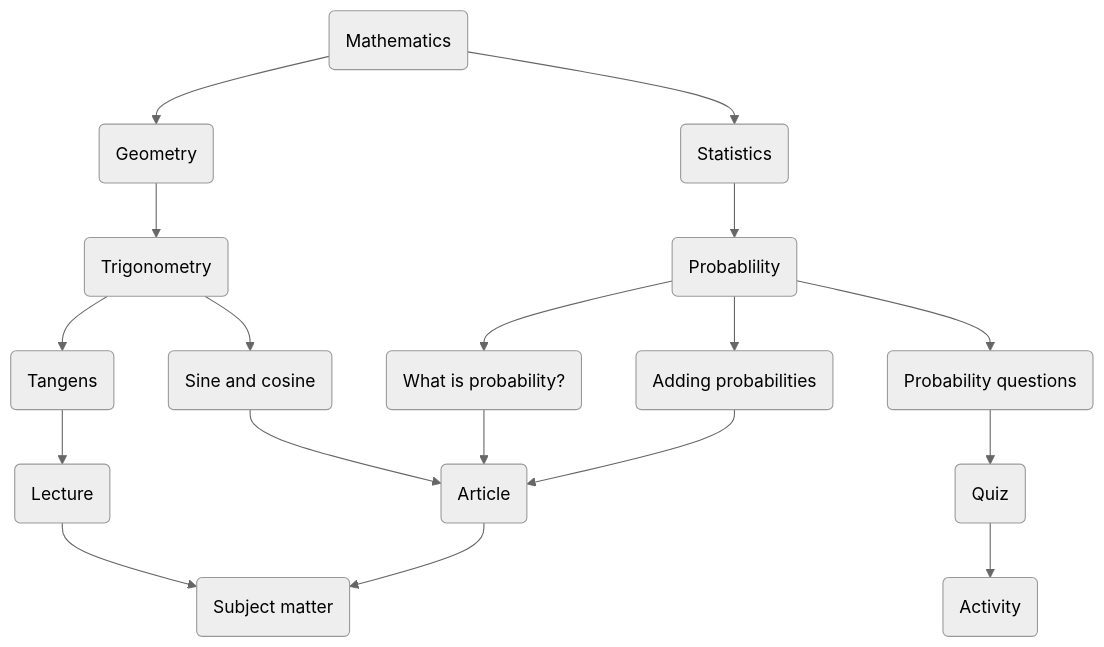
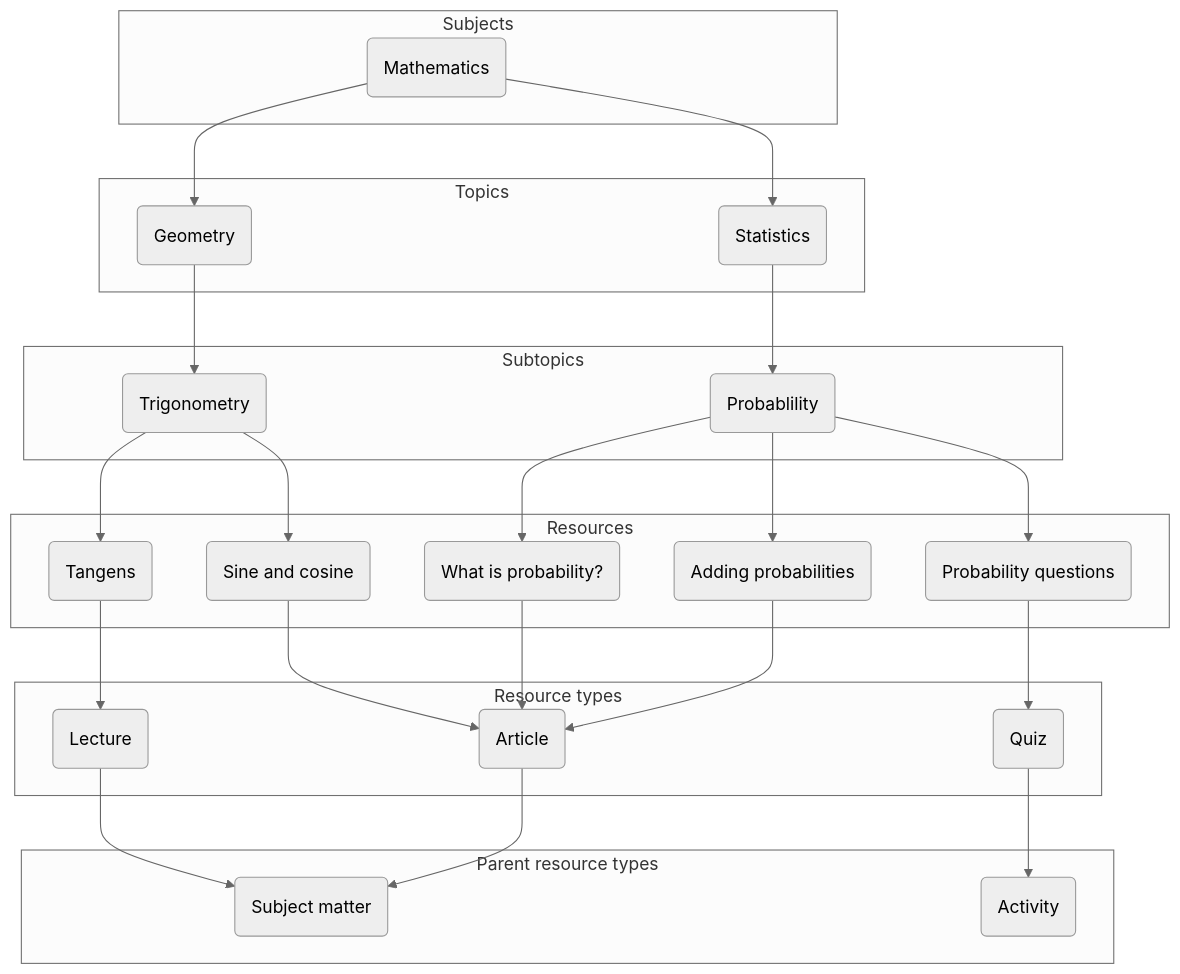
One commit to NDLANO/taxonomy-api changed the first of 3 diagrams in README.md. Above: the diagram before and after it, drawn with Mermaid (neutral theme). The commit also changed other lines of this file, not shown here.

Commit message:
Nice and shiny

````diff
--- a/README.md
+++ b/README.md
@@ -45,17 +45,43 @@
 ```mermaid
 flowchart TB
-    sub1(Mathematics)  --> top1(Geometry) & top2(Statistics)
-    top1 --> top1.1(Trigonometry)
-    top1.1 --> res1.1.1(Tangens) & res1.1.2(Sine and cosine)
-    top2 --> top2.1(Probablility)
-    top2.1 --> res2.1.1(What is probability?) & res2.1.2(Adding probabilities) & res2.1.3(Probability questions)
-    res1.1.1 --> resT1(Lecture)
-    res1.1.2 --> resT2(Article)
+    subgraph Subjects
+        sub1(Mathematics)
+    end
+    subgraph Topics
+        top1(Geometry)
+        top2(Statistics)
+    end
+    subgraph Subtopics
+        top1.1(Trigonometry)
+        top2.1(Probablility)
+    end
+    subgraph Resources
+        res1.1.1(Tangens) 
+        res1.1.2(Sine and cosine)
+        res2.1.1(What is probability?) 
+        res2.1.2(Adding probabilities) 
+        res2.1.3(Probability questions)
+    end
+    subgraph Resource types
+        resT1(Lecture)
+        resT2(Article)
+        resT3(Quiz)
+    end
+    subgraph Parent resource types
+        pRes1(Subject matter)
+        pRes2(Activity)
+    end
+    sub1 --> top1 & top2
+    top1 --> top1.1
+    top1.1 --> res1.1.1 & res1.1.2
+    top2 --> top2.1
+    top2.1 --> res2.1.1 & res2.1.2 & res2.1.3
+    res1.1.1 --> resT1
+    res1.1.2 --> resT2
     res2.1.1 --> resT2
     res2.1.2 --> resT2
-    res2.1.3 --> resT3(Quiz)
-    resT1 --> pRes1(Subject matter)
+    res2.1.3 --> resT3
+    resT1 --> pRes1
     resT2 --> pRes1
-    resT3 --> pRes2(Activity)
-    
+    resT3 --> pRes2
 ```
````
